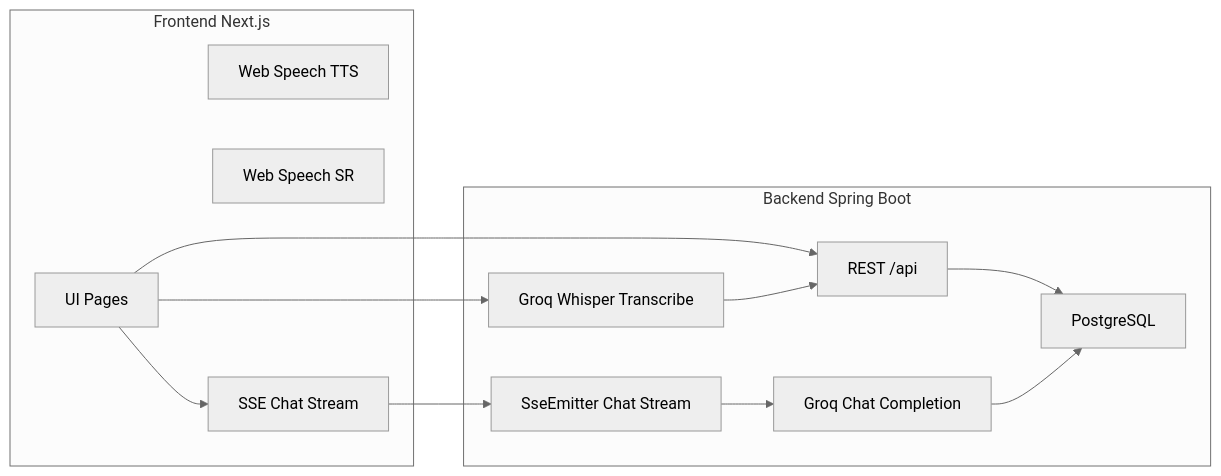
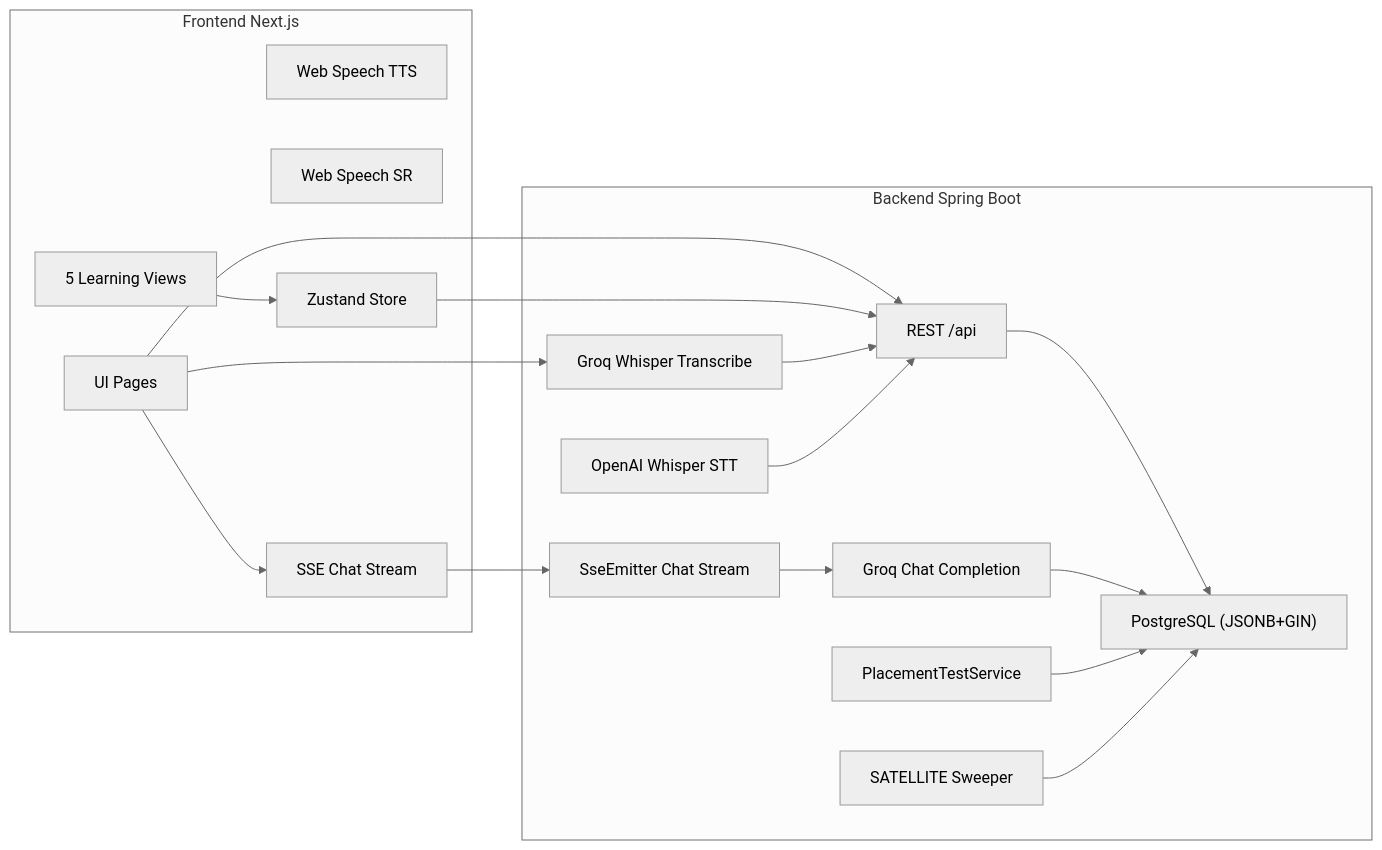
Before and after one commit to CuDinh03/DeutschFlow: the diagram in SRS_DeutschFlow.md, drawn with Mermaid (neutral theme). The commit also changed other lines of this file, not shown here.

Commit message:
docs: SRS v2.0 — Unified Curriculum V2, Placement Test, WhisperApiClient, Onboarding V2

````diff
--- a/SRS_DeutschFlow.md
+++ b/SRS_DeutschFlow.md
@@ -166,24 +173,34 @@
 ```mermaid
 flowchart LR
   subgraph Client["Frontend Next.js"]
     UI["UI Pages"]
     TTS["Web Speech TTS"]
     SR["Web Speech SR"]
     SSEClient["SSE Chat Stream"]
+    Zustand["Zustand Store"]
+    Views["5 Learning Views"]
   end
 
   subgraph Api["Backend Spring Boot"]
     REST["REST /api"]
     SSE["SseEmitter Chat Stream"]
     STT["Groq Whisper Transcribe"]
     LLM["Groq Chat Completion"]
-    DB["PostgreSQL"]
+    Whisper["OpenAI Whisper STT"]
+    Placement["PlacementTestService"]
+    Satellite["SATELLITE Sweeper"]
+    DB["PostgreSQL (JSONB+GIN)"]
   end
 
   UI --> REST
   UI --> SSEClient --> SSE --> LLM
   UI --> STT
+  Views --> Zustand
+  Zustand --> REST
   STT --> REST
   REST --> DB
   LLM --> DB
+  Whisper --> REST
+  Placement --> DB
+  Satellite --> DB
 ```
````
